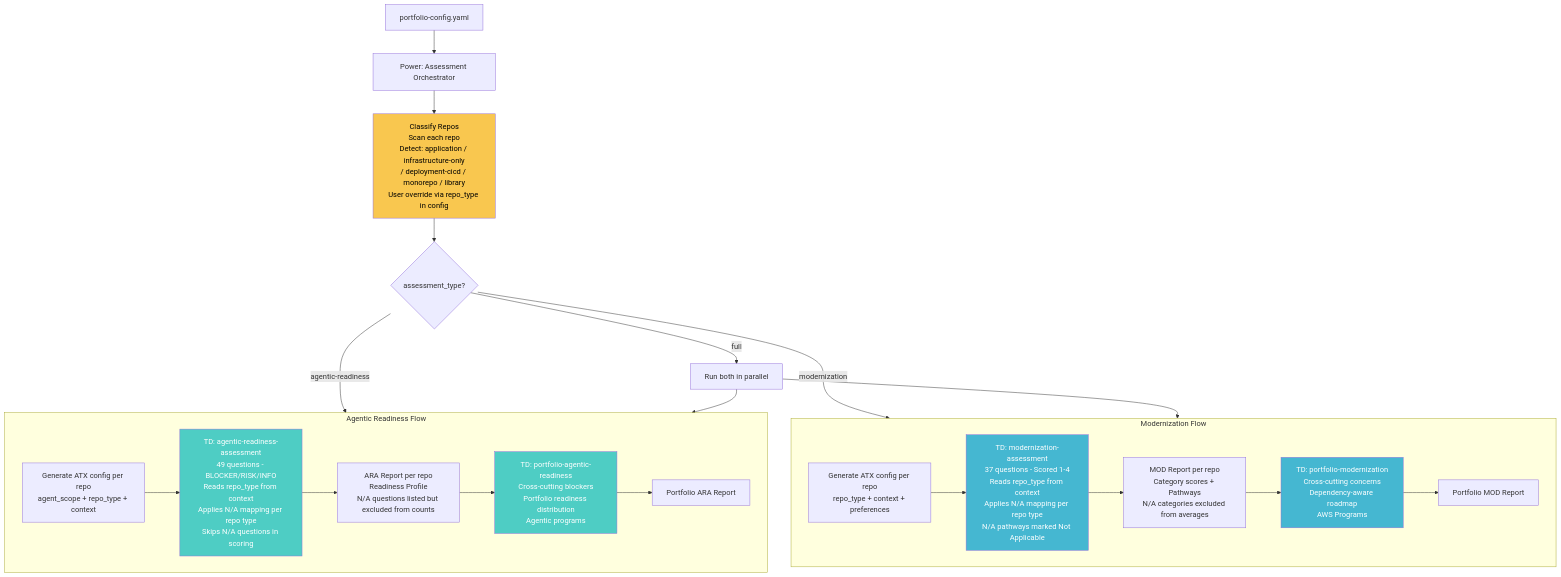
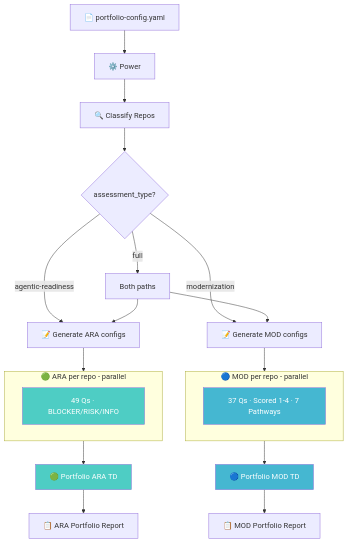
Before and after one commit to aws-samples/sample-agentic-readiness-analysis-orchestrator: the second of 6 diagrams in documents-study/architecture-flow.md, drawn with Mermaid. The commit also changed other lines of this file and 1 other file, not shown here.

Commit message:
adjusted architecture flow

````diff
--- a/documents-study/architecture-flow.md
+++ b/documents-study/architecture-flow.md
@@ -27,41 +16,34 @@
 ```mermaid
 flowchart TB
-    CONFIG[portfolio-config.yaml] --> POWER[Power: Assessment Orchestrator]
+    CONFIG[📄 portfolio-config.yaml] --> POWER[⚙️ Power]
     
-    POWER --> CLASSIFY[Classify Repos<br/>Scan each repo<br/>Detect: application / infrastructure-only<br/>/ deployment-cicd / monorepo / library<br/>User override via repo_type in config]
+    POWER --> CLASSIFY[🔍 Classify Repos]
+    CLASSIFY --> ROUTE{assessment_type?}
     
-    CLASSIFY --> TYPE{assessment_type?}
+    ROUTE -->|agentic-readiness| A_GEN
+    ROUTE -->|modernization| M_GEN
+    ROUTE -->|full| BOTH[Both paths]
+    BOTH --> A_GEN
+    BOTH --> M_GEN
 
-    TYPE -->|agentic-readiness| ARA_FLOW
-    TYPE -->|modernization| MOD_FLOW
-    TYPE -->|full| BOTH
+    A_GEN[📝 Generate ARA configs] --> A_RUN
+    M_GEN[📝 Generate MOD configs] --> M_RUN
 
-    BOTH[Run both in parallel] --> ARA_FLOW
-    BOTH --> MOD_FLOW
-
-    subgraph ARA_FLOW [Agentic Readiness Flow]
-        ARA_CFG[Generate ATX config per repo<br/>agent_scope + repo_type + context]
-        ARA_TD[TD: agentic-readiness-assessment<br/>49 questions - BLOCKER/RISK/INFO<br/>Reads repo_type from context<br/>Applies N/A mapping per repo type<br/>Skips N/A questions in scoring]
-        ARA_REPORT[ARA Report per repo<br/>Readiness Profile<br/>N/A questions listed but excluded from counts]
-        ARA_PORTFOLIO[TD: portfolio-agentic-readiness<br/>Cross-cutting blockers<br/>Portfolio readiness distribution<br/>Agentic programs]
-        ARA_PORT_REPORT[Portfolio ARA Report]
-
-        ARA_CFG --> ARA_TD --> ARA_REPORT --> ARA_PORTFOLIO --> ARA_PORT_REPORT
+    subgraph A_RUN [🟢 ARA per repo - parallel]
+        A_TD[49 Qs · BLOCKER/RISK/INFO]
+    end
+    subgraph M_RUN [🔵 MOD per repo - parallel]
+        M_TD[37 Qs · Scored 1-4 · 7 Pathways]
     end
 
-    subgraph MOD_FLOW [Modernization Flow]
-        MOD_CFG[Generate ATX config per repo<br/>repo_type + context + preferences]
-        MOD_TD[TD: modernization-assessment<br/>37 questions - Scored 1-4<br/>Reads repo_type from context<br/>Applies N/A mapping per repo type<br/>N/A pathways marked Not Applicable]
-        MOD_REPORT[MOD Report per repo<br/>Category scores + Pathways<br/>N/A categories excluded from averages]
-        MOD_PORTFOLIO[TD: portfolio-modernization<br/>Cross-cutting concerns<br/>Dependency-aware roadmap<br/>AWS Programs]
-        MOD_PORT_REPORT[Portfolio MOD Report]
+    A_RUN --> A_PORT[🟢 Portfolio ARA TD]
+    M_RUN --> M_PORT[🔵 Portfolio MOD TD]
 
-        MOD_CFG --> MOD_TD --> MOD_REPORT --> MOD_PORTFOLIO --> MOD_PORT_REPORT
-    end
+    A_PORT --> A_OUT[📋 ARA Portfolio Report]
+    M_PORT --> M_OUT[📋 MOD Portfolio Report]
 
-    style CLASSIFY fill:#f9c74f,color:#000
-    style ARA_TD fill:#4ecdc4,color:#fff
-    style MOD_TD fill:#45b7d1,color:#fff
-    style ARA_PORTFOLIO fill:#4ecdc4,color:#fff
-    style MOD_PORTFOLIO fill:#45b7d1,color:#fff
+    style A_TD fill:#4ecdc4,color:#fff
+    style M_TD fill:#45b7d1,color:#fff
+    style A_PORT fill:#4ecdc4,color:#fff
+    style M_PORT fill:#45b7d1,color:#fff
 ```
````
